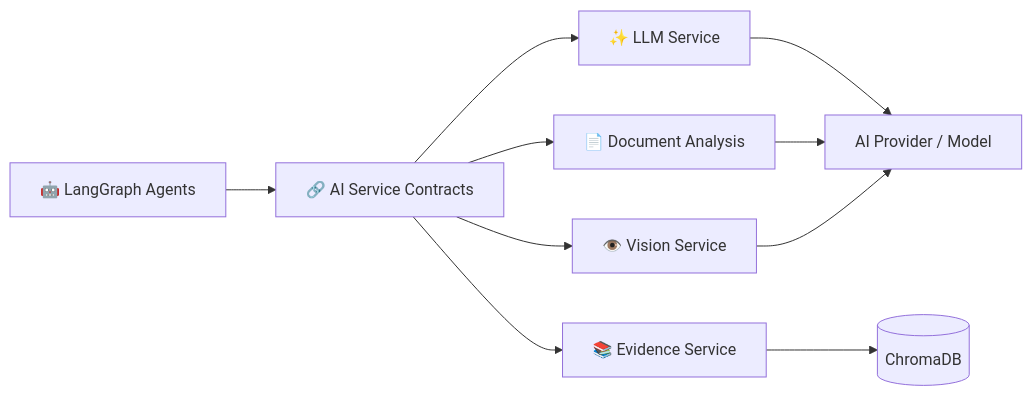
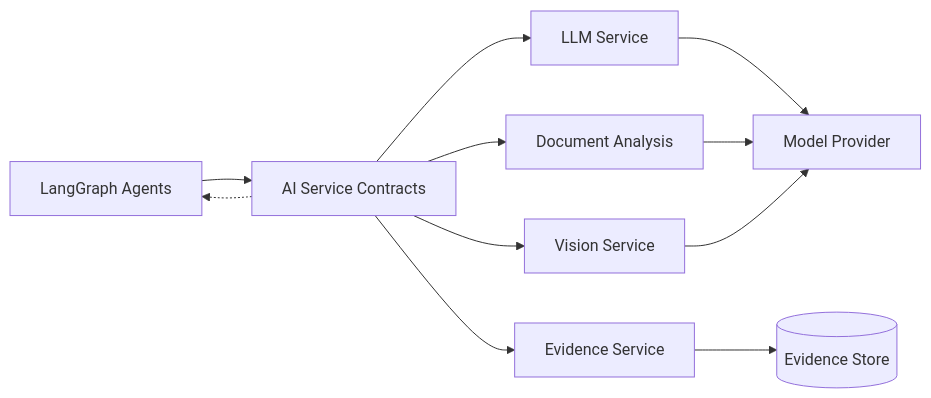
The seventh of 16 diagrams in README.md (IlIGODIlI/CarePath-AI), drawn with Mermaid before and after one commit. The commit also changed other lines of this file, not shown here.

````diff
--- a/README.md
+++ b/README.md
@@ -635,28 +563,24 @@
 ```mermaid
 flowchart LR
+    AGENTS["LangGraph Agents"]
+    CONTRACT["AI Service Contracts"]
+    LLM["LLM Service"]
+    DOCUMENT["Document Analysis"]
+    VISION["Vision Service"]
+    EVIDENCE["Evidence Service"]
+    PROVIDER["Model Provider"]
+    VECTOR[("Evidence Store")]
 
-    GRAPH["🤖 LangGraph Agents"]
-
-    CONTRACT["🔗 AI Service Contracts"]
-
-    LLM["✨ LLM Service"]
-    DOC["📄 Document Analysis"]
-    VISION["👁️ Vision Service"]
-    EVIDENCE["📚 Evidence Service"]
-
-    PROVIDER["AI Provider / Model"]
-
-    VECTOR[("ChromaDB")]
-
-    GRAPH --> CONTRACT
-
+    AGENTS --> CONTRACT
     CONTRACT --> LLM
-    CONTRACT --> DOC
+    CONTRACT --> DOCUMENT
     CONTRACT --> VISION
     CONTRACT --> EVIDENCE
 
     LLM --> PROVIDER
-    DOC --> PROVIDER
+    DOCUMENT --> PROVIDER
     VISION --> PROVIDER
     EVIDENCE --> VECTOR
+
+    CONTRACT -.-> AGENTS
 ```
````
